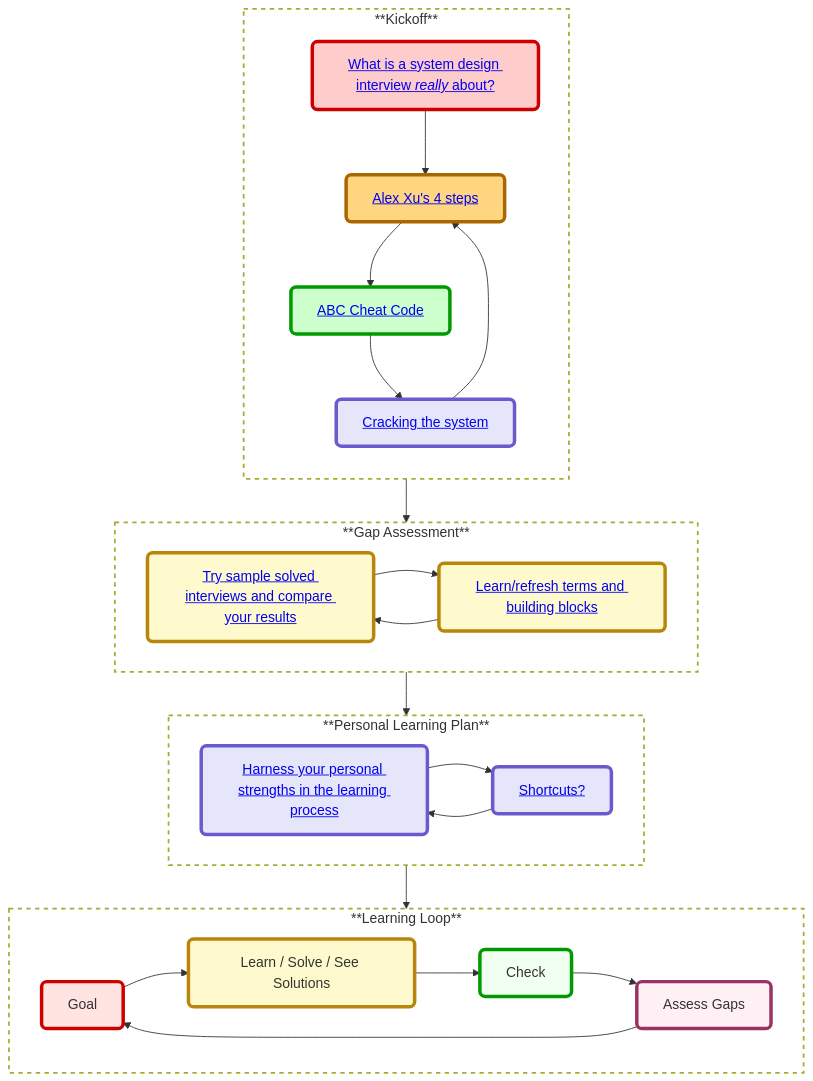
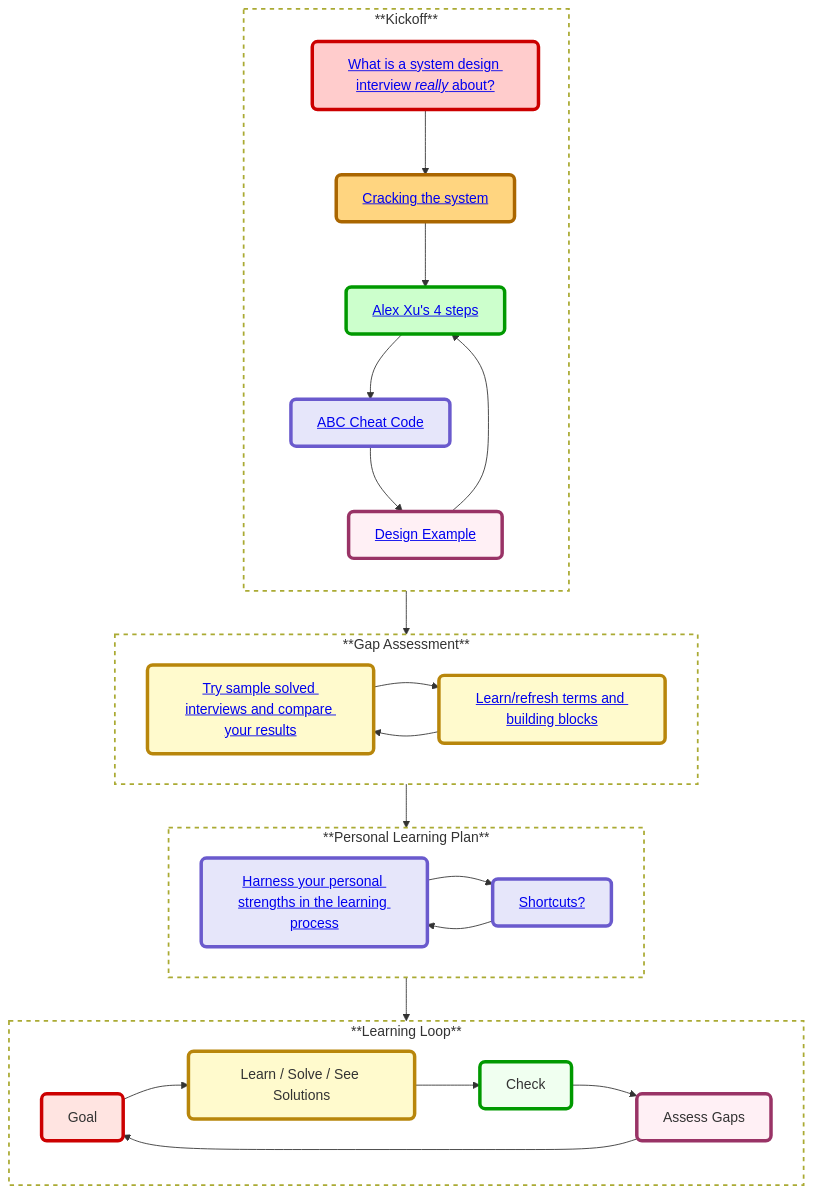
One commit to donnemartin/system-design-primer changed the first of 5 diagrams in docs/en/study_guide.md. Above: the diagram before and after it, drawn with Mermaid. The commit also changed other lines of this file, not shown here.

First line of the commit message:
Enhance System Design Interview Study Guide

```diff
--- a/docs/en/study_guide.md
+++ b/docs/en/study_guide.md
@@ -16,9 +27,10 @@
     direction TB
     style Kickoff stroke-dasharray:5,5,fill:none,stroke-width:2px
     A[<a href="#understand-what-a-system-design-interview-is-really-about">What is a system design interview <em>really</em> about?</a>]
-    B[<a href="#alex-xus-four-phase-framework">Alex Xu's 4 steps </a>]    
-    C[<a href="#abc-cheat-code">ABC Cheat Code</a>]   
-    D[<a href="#cracking-the-system">Cracking the system</a>]
+    B[<a href="#cracking-the-system">Cracking the system</a>]
+    C[<a href="#alex-xus-four-phase-framework">Alex Xu's 4 steps </a>]    
+    D[<a href="#abc-cheat-code">ABC Cheat Code</a>]
+    E[<a href="#design-example">Design Example</a>]
   end
 
   %% Gap Assessment container
@@ -60,7 +72,8 @@
   A --> B
   B --> C  
   C --> D
-  D --> B
+  D --> E
+  E --> C
 
   GA1 --> GA2
   GA2 --> GA1
@@ -75,6 +88,7 @@
   style B fill:#FFD580,stroke:#AA6600,stroke-width:4px,rx:6,ry:6
   style C fill:#CCFFCC,stroke:#009900,stroke-width:4px,rx:6,ry:6
   style D fill:#E6E6FA,stroke:#6A5ACD,stroke-width:4px,rx:6,ry:6
+  style E fill:#FFF0F5,stroke:#993366,stroke-width:4px,rx:6,ry:6
 
   style GA1 fill:#FFFACD,stroke:#B8860B,stroke-width:4px,rx:6,ry:6
   style GA2 fill:#FFFACD,stroke:#B8860B,stroke-width:4px,rx:6,ry:6
```
